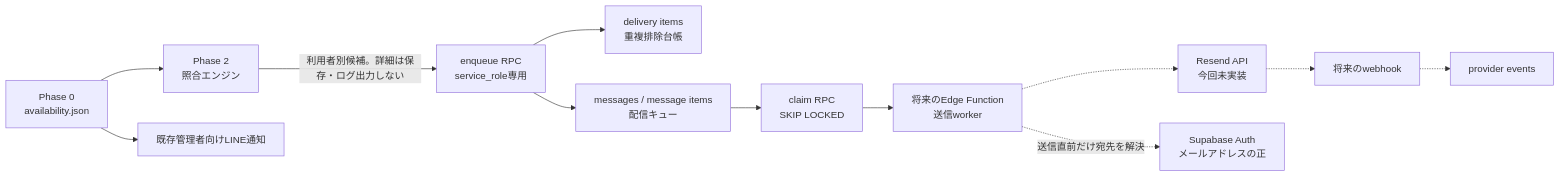
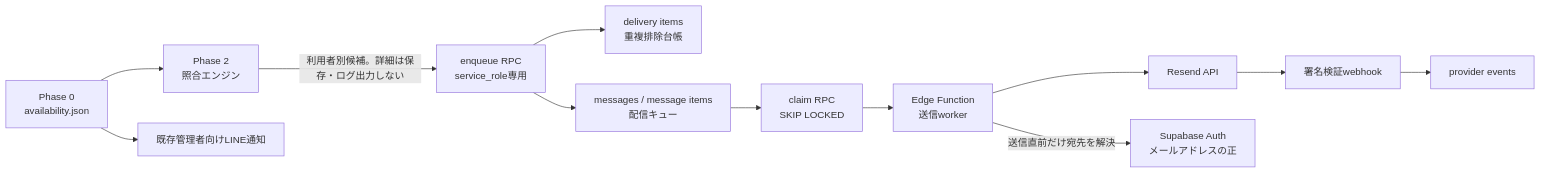
One commit to mtddzd5vw2-gif/tennis-court-watcher changed the diagram in docs/PHASE3_USER_EMAIL_NOTIFICATION_DESIGN.md. Above: the diagram before and after it, drawn with Mermaid. The commit also changed other lines of this file and 14 other files, not shown here.

````diff
--- a/docs/PHASE3_USER_EMAIL_NOTIFICATION_DESIGN.md
+++ b/docs/PHASE3_USER_EMAIL_NOTIFICATION_DESIGN.md
@@ -29,27 +29,27 @@
 ```mermaid
 flowchart LR
     A["Phase 0<br>availability.json"]
     M["Phase 2<br>照合エンジン"]
     E["enqueue RPC<br>service_role専用"]
     D["delivery items<br>重複排除台帳"]
     Q["messages / message items<br>配信キュー"]
     C["claim RPC<br>SKIP LOCKED"]
-    F["将来のEdge Function<br>送信worker"]
-    R["Resend API<br>今回未実装"]
-    W["将来のwebhook"]
+    F["Edge Function<br>送信worker"]
+    R["Resend API"]
+    W["署名検証webhook"]
     P["provider events"]
     U["Supabase Auth<br>メールアドレスの正"]
     L["既存管理者向けLINE通知"]
 
     A --> M
     A --> L
     M -->|"利用者別候補。詳細は保存・ログ出力しない"| E
     E --> D
     E --> Q
     Q --> C
     C --> F
-    F -.->|"送信直前だけ宛先を解決"| U
-    F -.-> R
-    R -.-> W
-    W -.-> P
+    F -->|"送信直前だけ宛先を解決"| U
+    F --> R
+    R --> W
+    W --> P
 ```
````
